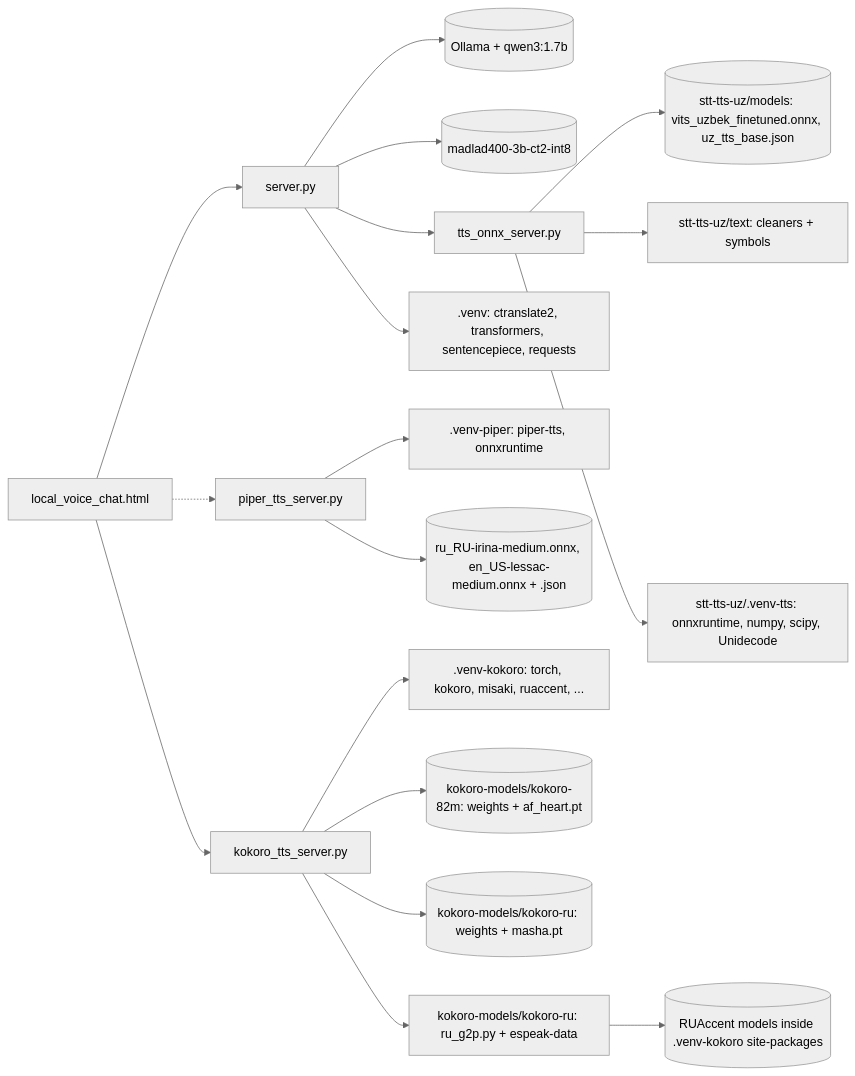
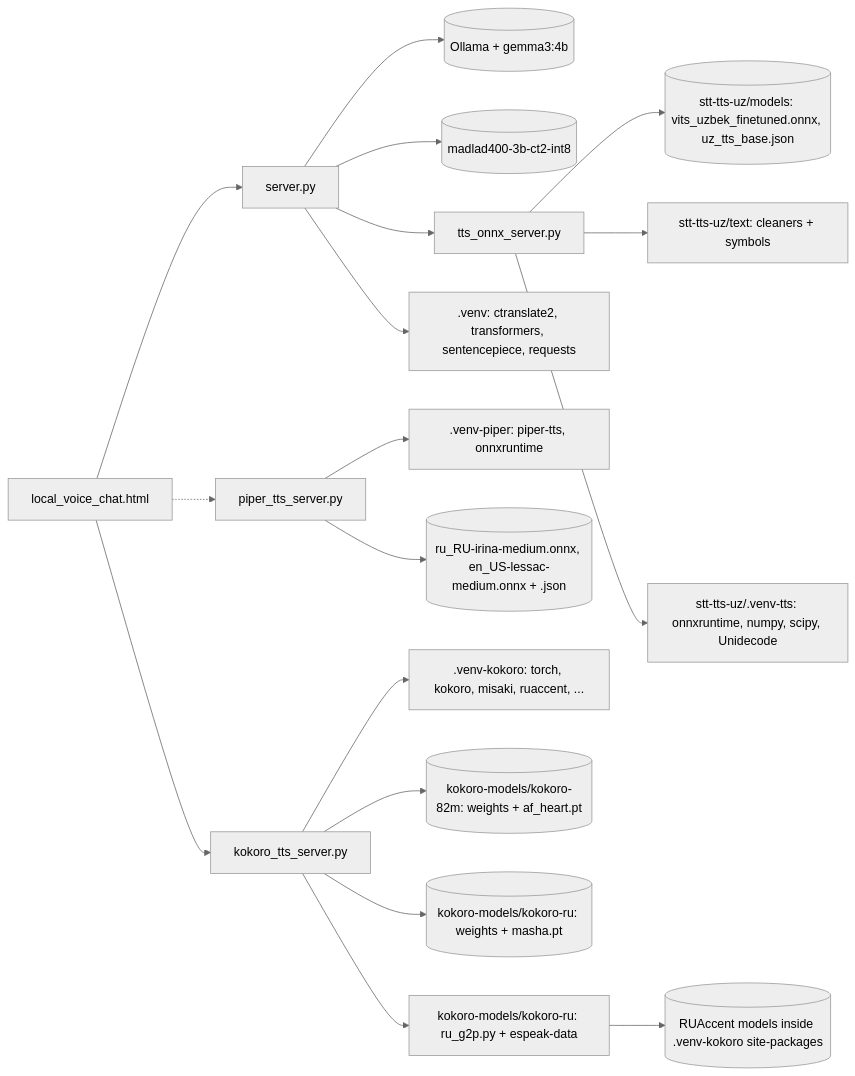
One commit to FirdavsNurmatov/local-ai-voice-assistant changed the fourth of 4 diagrams in docs/ARCHITECTURE.md. Above: the diagram before and after it, drawn with Mermaid (neutral theme). The commit also changed other lines of this file and 18 other files, not shown here.

````diff
--- a/docs/ARCHITECTURE.md
+++ b/docs/ARCHITECTURE.md
@@ -155,20 +150,20 @@
 ```mermaid
 flowchart LR
     html["local_voice_chat.html"] --> server["server.py"]
     html --> kokoro["kokoro_tts_server.py"]
     html -.-> piper["piper_tts_server.py"]
-    server --> ollama[("Ollama + qwen3:1.7b")]
+    server --> ollama[("Ollama + gemma3:4b")]
     server --> madlad[("madlad400-3b-ct2-int8")]
     server --> uz["tts_onnx_server.py"]
     server --> venv[".venv: ctranslate2, transformers, sentencepiece, requests"]
     uz --> uzmodel[("stt-tts-uz/models: vits_uzbek_finetuned.onnx, uz_tts_base.json")]
     uz --> uztext["stt-tts-uz/text: cleaners + symbols"]
     uz --> uzvenv["stt-tts-uz/.venv-tts: onnxruntime, numpy, scipy, Unidecode"]
     piper --> pipervenv[".venv-piper: piper-tts, onnxruntime"]
     piper --> pipermodels[("ru_RU-irina-medium.onnx, en_US-lessac-medium.onnx + .json")]
     kokoro --> kvenv[".venv-kokoro: torch, kokoro, misaki, ruaccent, ..."]
     kokoro --> k82[("kokoro-models/kokoro-82m: weights + af_heart.pt")]
     kokoro --> kru[("kokoro-models/kokoro-ru: weights + masha.pt")]
     kokoro --> g2p["kokoro-models/kokoro-ru: ru_g2p.py + espeak-data"]
     g2p --> ruaccent[("RUAccent models inside .venv-kokoro site-packages")]
 ```
````
